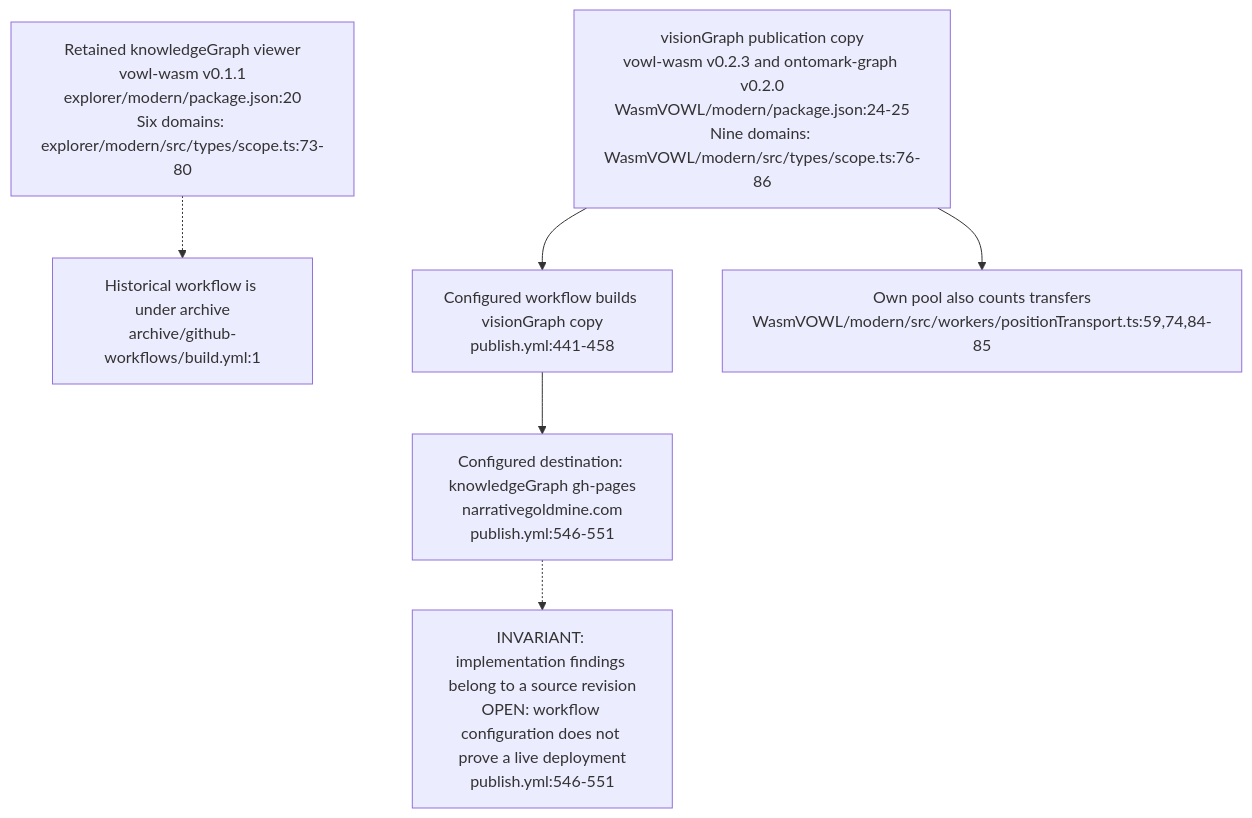
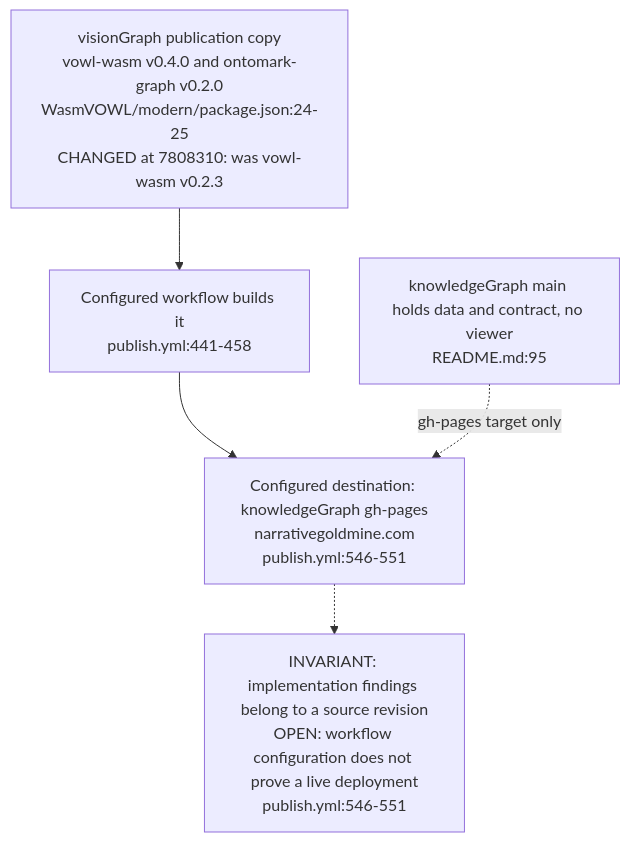
The fifth of 5 diagrams in docs/diagrams/knowledgegraph/04-explorer-and-site-build.md (DreamLab-AI/VisionFlow), drawn with Mermaid before and after one commit. The commit also changed other lines of this file and 11 other files, not shown here.

First line of the commit message:
docs(diagrams): visiongraph and knowledgegraph re-verified (explorer on vowl-wasm 0.4.0, knowledgeGraph explorer retired)

````diff
--- a/docs/diagrams/knowledgegraph/04-explorer-and-site-build.md
+++ b/docs/diagrams/knowledgegraph/04-explorer-and-site-build.md
@@ -137,14 +112,11 @@
 ```mermaid
 flowchart TB
-    KG["Retained knowledgeGraph viewer<br/>vowl-wasm v0.1.1<br/>explorer/modern/package.json:20<br/>Six domains: explorer/modern/src/types/scope.ts:73-80"]
-    ARCH["Historical workflow is under archive<br/>archive/github-workflows/build.yml:1"]
-    VG["visionGraph publication copy<br/>vowl-wasm v0.2.3 and ontomark-graph v0.2.0<br/>WasmVOWL/modern/package.json:24-25<br/>Nine domains: WasmVOWL/modern/src/types/scope.ts:76-86"]
-    BUILD["Configured workflow builds visionGraph copy<br/>publish.yml:441-458"]
+    VG["visionGraph publication copy<br/>vowl-wasm v0.4.0 and ontomark-graph v0.2.0<br/>WasmVOWL/modern/package.json:24-25<br/>CHANGED at 7808310: was vowl-wasm v0.2.3"]
+    BUILD["Configured workflow builds it<br/>publish.yml:441-458"]
     SITE["Configured destination: knowledgeGraph gh-pages<br/>narrativegoldmine.com<br/>publish.yml:546-551"]
-    POOL["Own pool also counts transfers<br/>WasmVOWL/modern/src/workers/positionTransport.ts:59,74,84-85"]
-    KG -.-> ARCH
+    KG["knowledgeGraph main holds data and contract, no viewer<br/>README.md:95"]
     VG --> BUILD --> SITE
-    VG --> POOL
+    KG -.->|"gh-pages target only"| SITE
     NOTE["INVARIANT: implementation findings belong to a source revision<br/>OPEN: workflow configuration does not prove a live deployment<br/>publish.yml:546-551"]
     SITE -.-> NOTE
 ```
````
